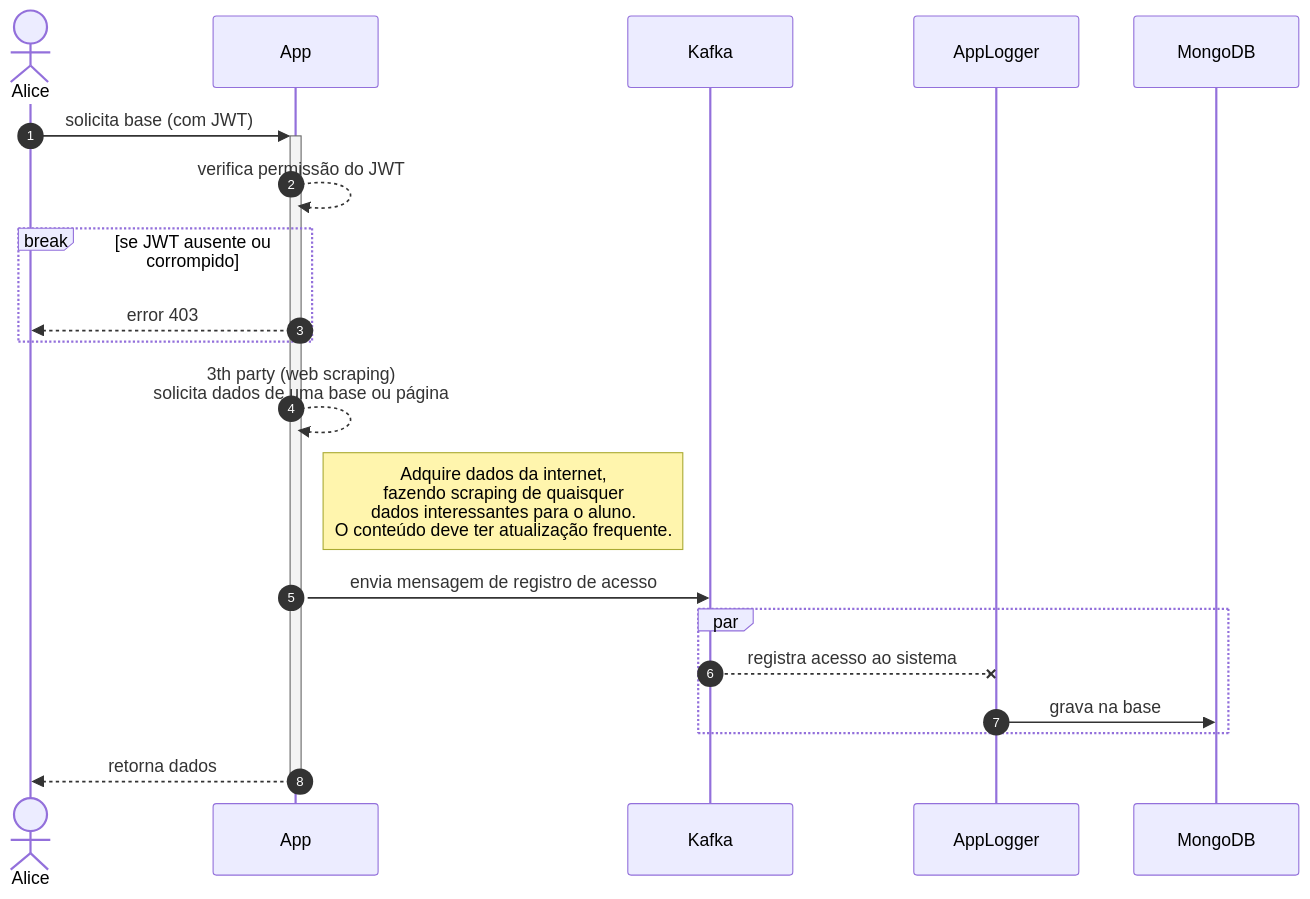
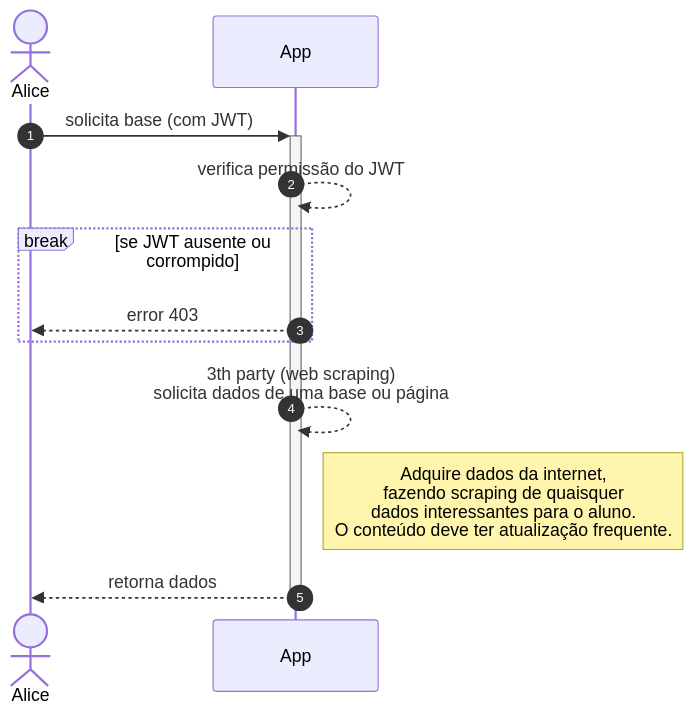
Before and after one commit to hsandmann/insper.cloud.projeto: the third of 4 diagrams in README.md, drawn with Mermaid.

Commit message:
remove kafka

````diff
--- a/README.md
+++ b/README.md
@@ -37,18 +37,13 @@
 ```mermaid
 sequenceDiagram
     autonumber
     actor Alice
     Alice->>+App: solicita base (com JWT)
     App-->>App: verifica permissão do JWT
     break se JWT ausente ou corrompido
         App-->>Alice: error 403
     end
     App-->>App: 3th party (web scraping)<br>solicita dados de uma base ou página
     Note right of App: Adquire dados da internet, <br>fazendo scraping de quaisquer<br> dados interessantes para o aluno.<br>O conteúdo deve ter atualização frequente.
-    App->>Kafka: envia mensagem de registro de acesso
-    par
-        Kafka--XAppLogger: registra acesso ao sistema
-        AppLogger->>MongoDB: grava na base
-    end
     App-->>-Alice: retorna dados
 ```
````
